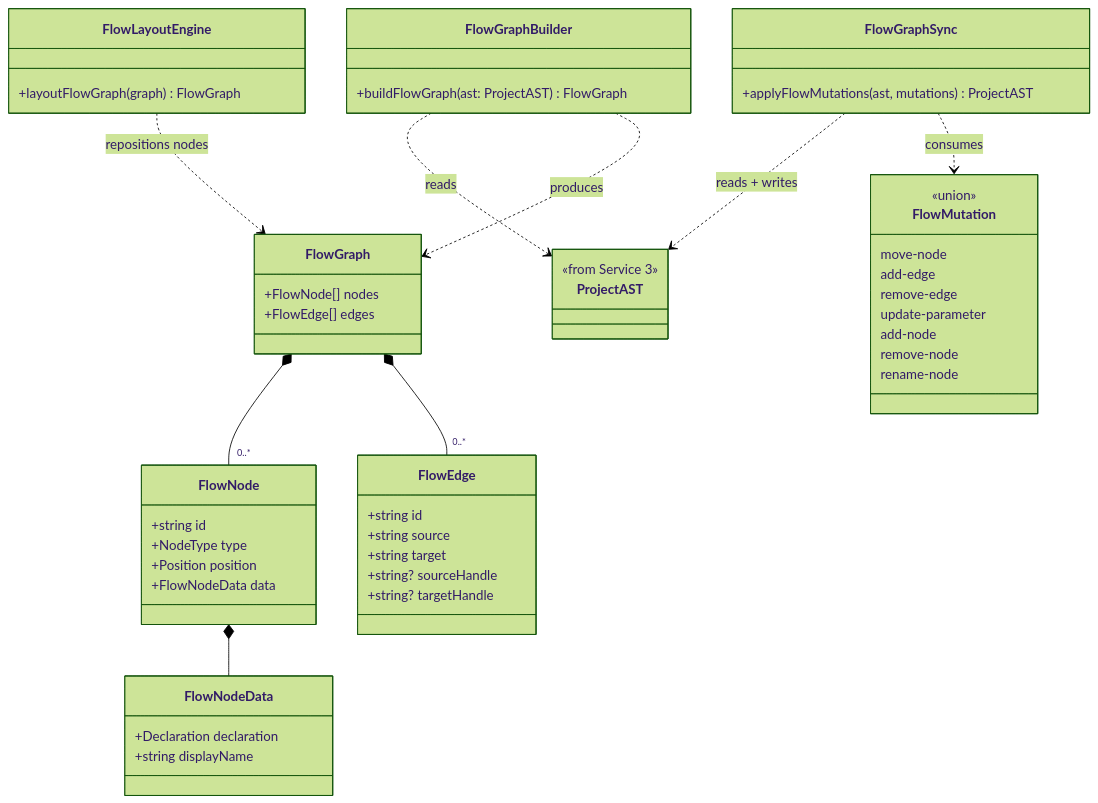
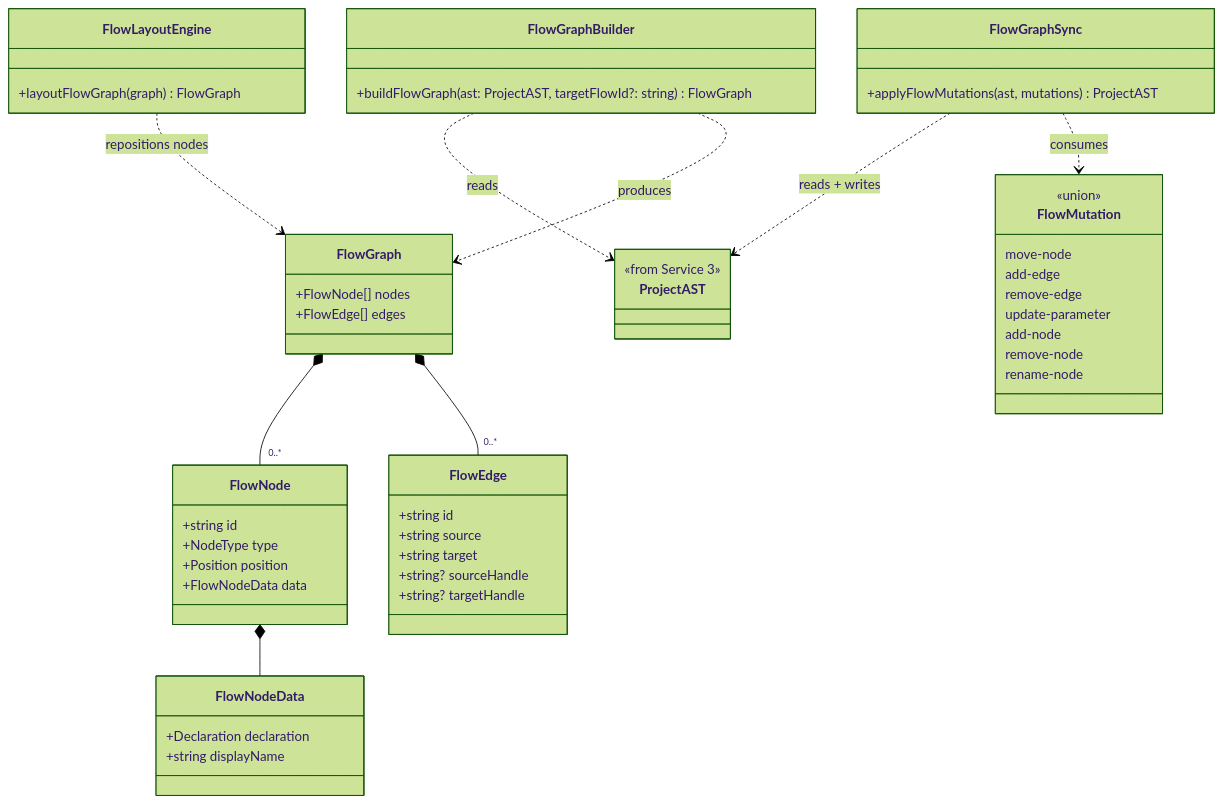
Before and after one commit to rimvydasb/open-modeler-ts: the first of 2 diagrams in docs/04-FLOW-MODELING.md, drawn with Mermaid (forest theme). The commit also changed other lines of this file and 1 other file, not shown here.

Commit message:
refactor architecture documentation: update ProjectAST structure to include rootFlowId and modelType, and enhance flow graph derivation algorithm

````diff
--- a/docs/04-FLOW-MODELING.md
+++ b/docs/04-FLOW-MODELING.md
@@ -27,66 +27,66 @@
 ```mermaid
 classDiagram
     direction TB
 
     class FlowGraph {
         +FlowNode[] nodes
         +FlowEdge[] edges
     }
 
     class FlowNode {
         +string id
         +NodeType type
         +Position position
         +FlowNodeData data
     }
 
     class FlowNodeData {
         +Declaration declaration
         +string displayName
     }
 
     class FlowEdge {
         +string id
         +string source
         +string target
         +string? sourceHandle
         +string? targetHandle
     }
 
     class FlowMutation {
         <<union>>
         move-node
         add-edge
         remove-edge
         update-parameter
         add-node
         remove-node
         rename-node
     }
 
     class FlowGraphBuilder {
-        +buildFlowGraph(ast: ProjectAST) FlowGraph
+        +buildFlowGraph(ast: ProjectAST, targetFlowId?: string) FlowGraph
     }
 
     class FlowGraphSync {
         +applyFlowMutations(ast, mutations) ProjectAST
     }
 
     class FlowLayoutEngine {
         +layoutFlowGraph(graph) FlowGraph
     }
 
     class ProjectAST {
         <<from Service 3>>
     }
 
     FlowGraph *-- "0..*" FlowNode
     FlowGraph *-- "0..*" FlowEdge
     FlowNode *-- FlowNodeData
 
     FlowGraphBuilder ..> ProjectAST : reads
     FlowGraphBuilder ..> FlowGraph : produces
     FlowGraphSync ..> ProjectAST : reads + writes
     FlowGraphSync ..> FlowMutation : consumes
     FlowLayoutEngine ..> FlowGraph : repositions nodes
 ```
````
